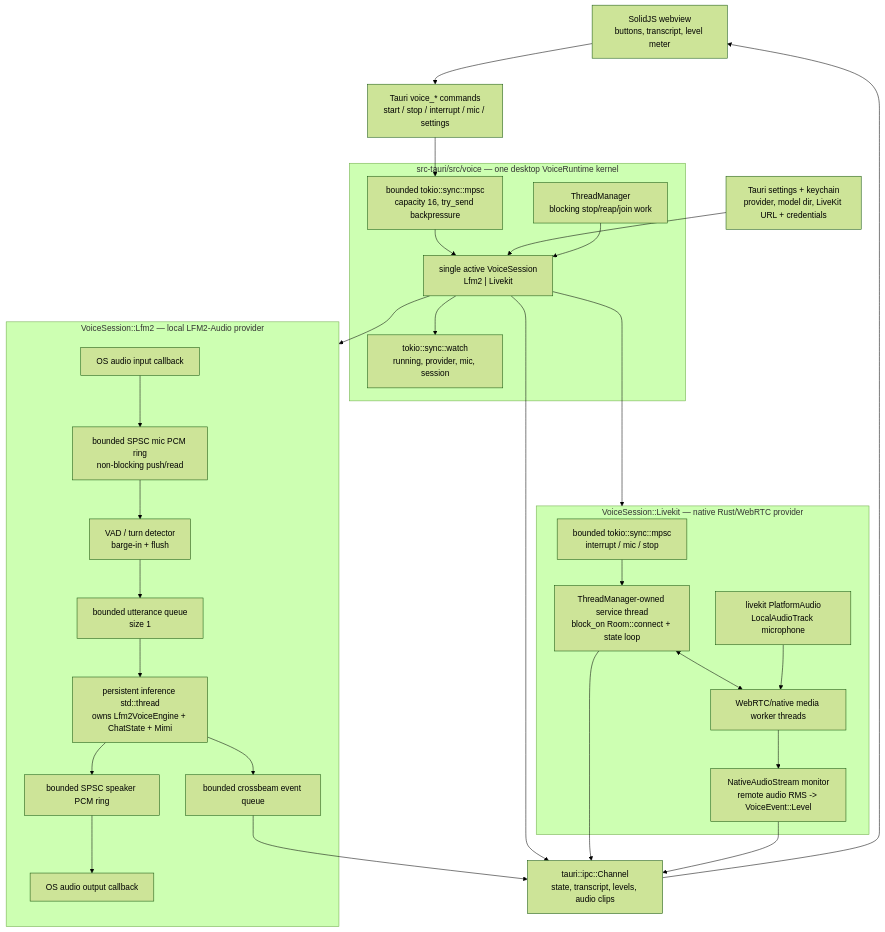
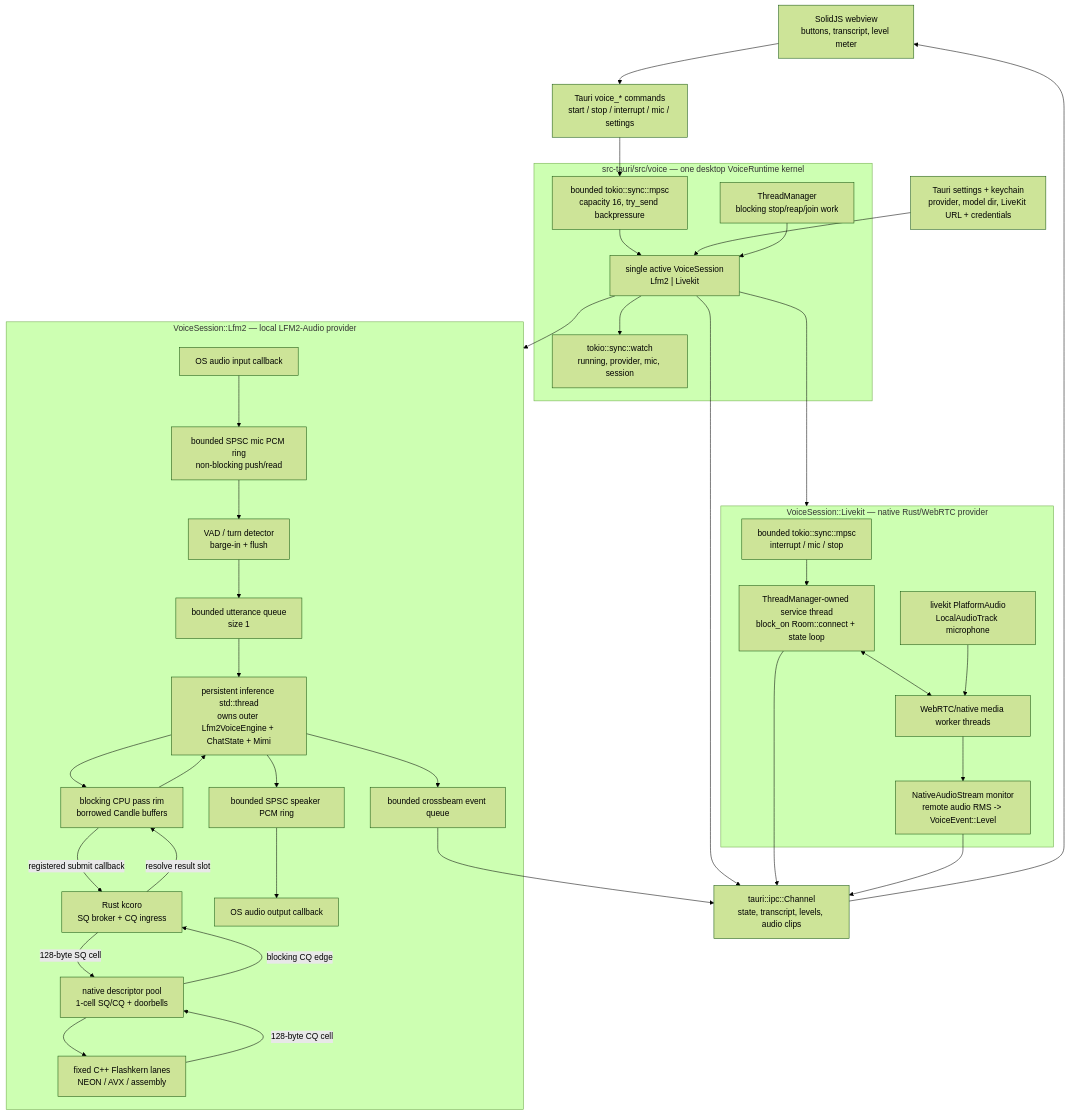
One commit to SolaceHarmony/emberharmony changed the first of 3 diagrams in packages/desktop/src-tauri/src/voice/VOICE_ARCHITECTURE.md. Above: the diagram before and after it, drawn with Mermaid (forest theme). The commit also changed other lines of this file and 14 other files, not shown here.

Commit message:
reconcile native docs with mounted kcoro flow

````diff
--- a/packages/desktop/src-tauri/src/voice/VOICE_ARCHITECTURE.md
+++ b/packages/desktop/src-tauri/src/voice/VOICE_ARCHITECTURE.md
@@ -141,54 +143,66 @@
 ```mermaid
 flowchart TB
   UI["SolidJS webview\nbuttons, transcript, level meter"]
   Cmd["Tauri voice_* commands\nstart / stop / interrupt / mic / settings"]
   Events["tauri::ipc::Channel<VoiceEvent>\nstate, transcript, levels, audio clips"]
   Settings["Tauri settings + keychain\nprovider, model dir, LiveKit URL + credentials"]
 
   subgraph Kernel["src-tauri/src/voice — one desktop VoiceRuntime kernel"]
     Queue["bounded tokio::sync::mpsc<RuntimeCommand>\ncapacity 16, try_send backpressure"]
     Snap["tokio::sync::watch<RuntimeSnapshot>\nrunning, provider, mic, session"]
     Router["single active VoiceSession\nLfm2 | Livekit"]
     Threads["ThreadManager\nblocking stop/reap/join work"]
   end
 
   UI --> Cmd --> Queue --> Router
   Settings --> Router
   Router --> Snap
   Router --> Events --> UI
   Threads --> Router
 
   subgraph LFM2["VoiceSession::Lfm2 — local LFM2-Audio provider"]
     MicCb["OS audio input callback"]
     MicRing["bounded SPSC mic PCM ring\nnon-blocking push/read"]
     Vad["VAD / turn detector\nbarge-in + flush"]
     UttQ["bounded utterance queue\nsize 1"]
-    Infer["persistent inference std::thread\nowns Lfm2VoiceEngine + ChatState + Mimi"]
+    Infer["persistent inference std::thread\nowns outer Lfm2VoiceEngine + ChatState + Mimi"]
+    Rim["blocking CPU pass rim\nborrowed Candle buffers"]
+    Coord["Rust kcoro\nSQ broker + CQ ingress"]
+    Bridge["native descriptor pool\n1-cell SQ/CQ + doorbells"]
+    Flash["fixed C++ Flashkern lanes\nNEON / AVX / assembly"]
     EventQ["bounded crossbeam event queue"]
     OutRing["bounded SPSC speaker PCM ring"]
     SpkCb["OS audio output callback"]
 
     MicCb --> MicRing --> Vad --> UttQ --> Infer
+    Infer --> Rim
+    Rim -->|"registered submit callback"| Coord
+    Coord -->|"128-byte SQ cell"| Bridge
+    Bridge --> Flash
+    Flash -->|"128-byte CQ cell"| Bridge
+    Bridge -->|"blocking CQ edge"| Coord
+    Coord -->|"resolve result slot"| Rim
+    Rim --> Infer
     Infer --> EventQ
     Infer --> OutRing --> SpkCb
   end
 
   subgraph LiveKit["VoiceSession::Livekit — native Rust/WebRTC provider"]
     LkCmd["bounded tokio::sync::mpsc<LiveKitCommand>\ninterrupt / mic / stop"]
     LkTask["ThreadManager-owned service thread\nblock_on Room::connect + state loop"]
     LkAudio["livekit PlatformAudio\nLocalAudioTrack microphone"]
     LkMedia["WebRTC/native media worker threads"]
     LkMeter["NativeAudioStream monitor\nremote audio RMS -> VoiceEvent::Level"]
 
     LkCmd --> LkTask
     LkTask <--> LkMedia
     LkAudio --> LkMedia
     LkMedia --> LkMeter
   end
 
   Router --> LFM2
   Router --> LiveKit
   EventQ --> Events
   LkTask --> Events
   LkMeter --> Events
 ```
````
